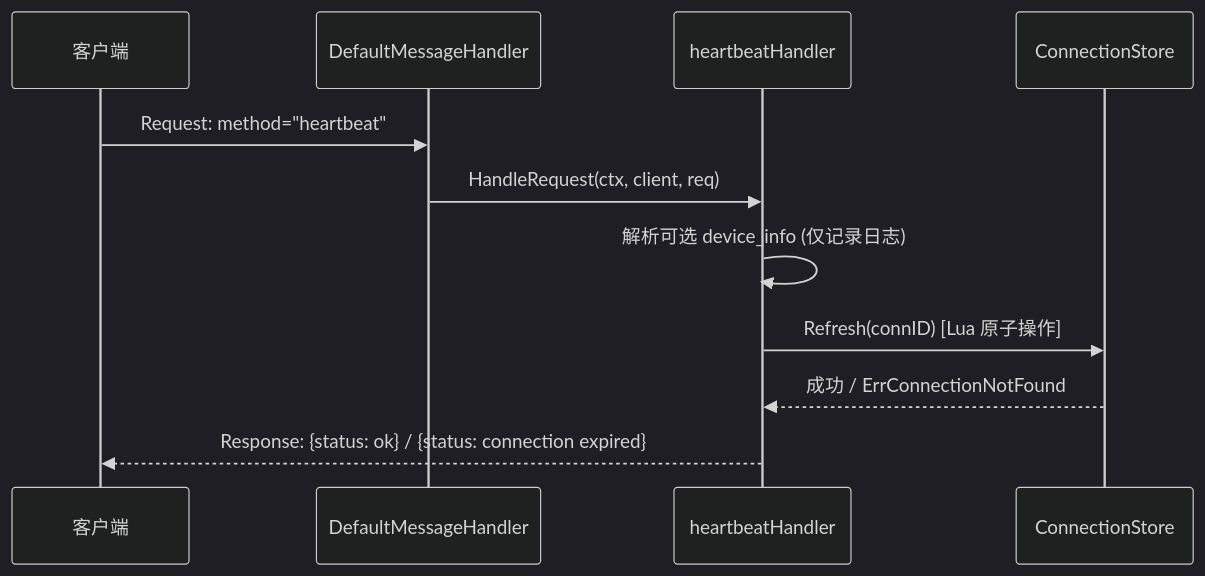
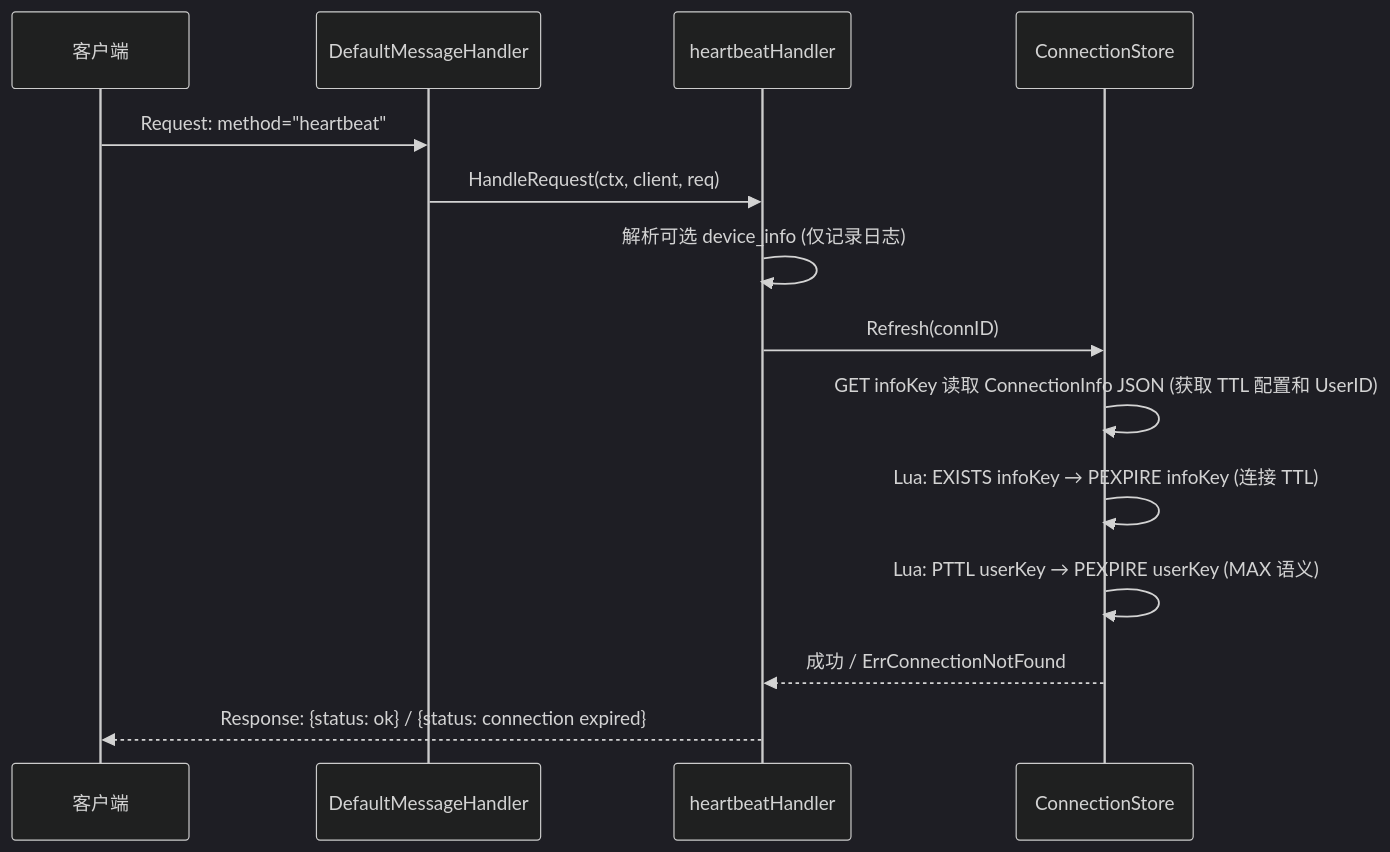
Before and after one commit to PineappleBond/xyncra-server: the fourth of 14 diagrams in wiki/flows/websocket-connection.md, drawn with Mermaid (dark theme). The commit also changed other lines of this file and 21 other files, not shown here.

````diff
--- a/wiki/flows/websocket-connection.md
+++ b/wiki/flows/websocket-connection.md
@@ -230,14 +230,17 @@
 ```mermaid
 sequenceDiagram
     participant Client as 客户端
     participant DMH as DefaultMessageHandler
     participant HH as heartbeatHandler
     participant CS as ConnectionStore
 
     Client->>DMH: Request: method="heartbeat"
     DMH->>HH: HandleRequest(ctx, client, req)
     HH->>HH: 解析可选 device_info (仅记录日志)
-    HH->>CS: Refresh(connID) [Lua 原子操作]
+    HH->>CS: Refresh(connID)
+    CS->>CS: GET infoKey 读取 ConnectionInfo JSON (获取 TTL 配置和 UserID)
+    CS->>CS: Lua: EXISTS infoKey → PEXPIRE infoKey (连接 TTL)
+    CS->>CS: Lua: PTTL userKey → PEXPIRE userKey (MAX 语义)
     CS-->>HH: 成功 / ErrConnectionNotFound
     HH-->>Client: Response: {status: ok} / {status: connection expired}
 ```
````
